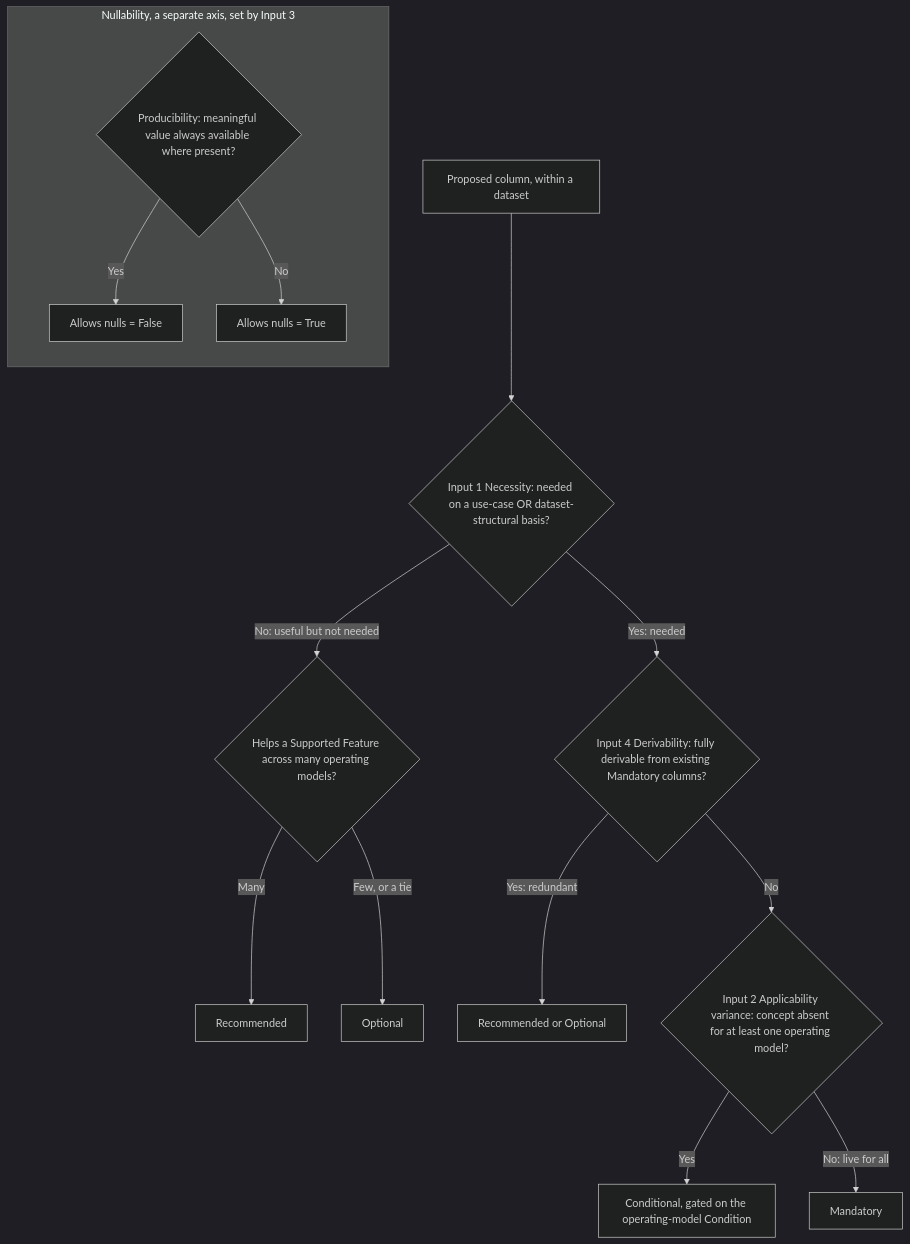
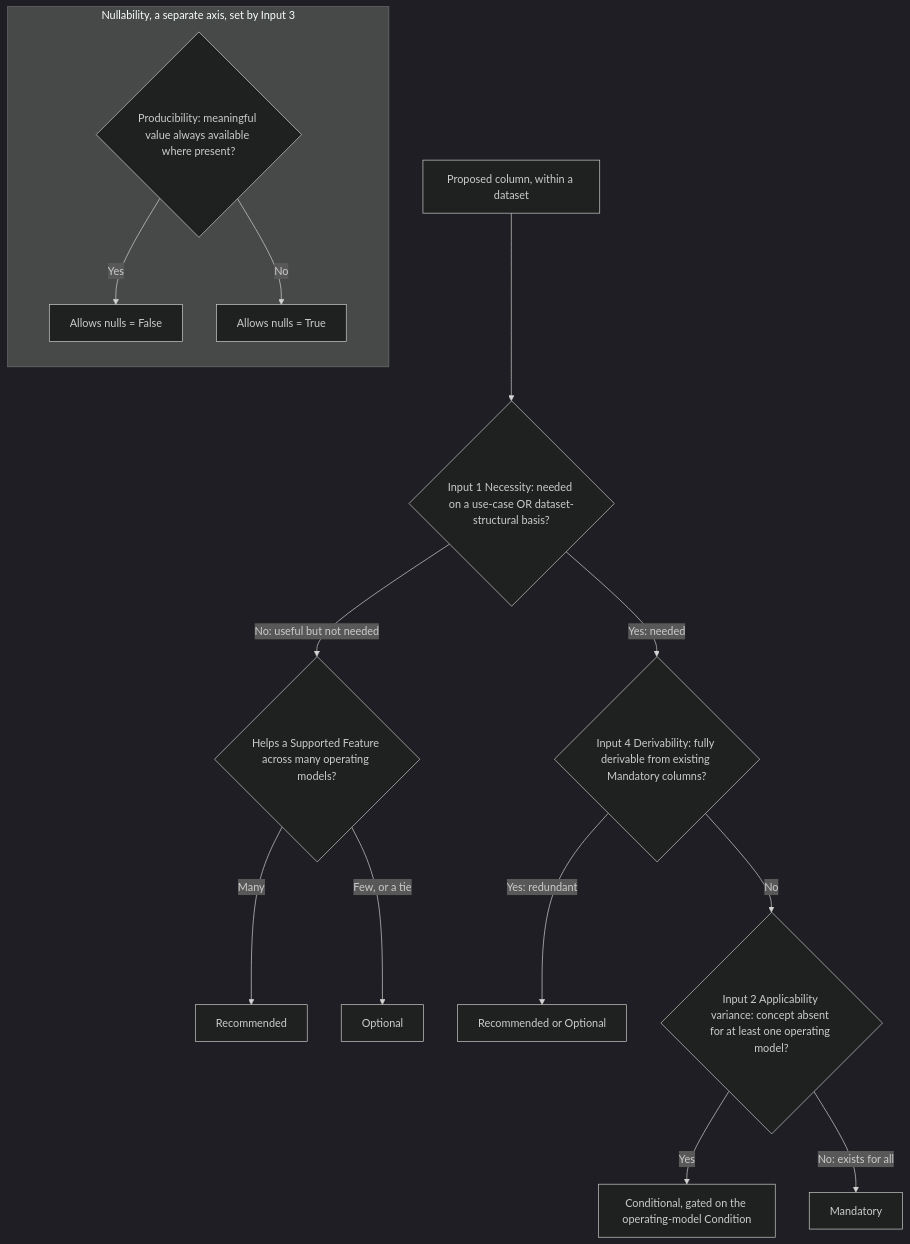
The diagram in guidelines/contributors/feature-level-rubric-guidelines.md (FinOps-Open-Cost-and-Usage-Spec/FOCUS_Spec), drawn with Mermaid (dark theme) before and after one commit. The commit also changed other lines of this file, not shown here.

````diff
--- a/guidelines/contributors/feature-level-rubric-guidelines.md
+++ b/guidelines/contributors/feature-level-rubric-guidelines.md
@@ -70,17 +72,17 @@
 ```mermaid
 flowchart TD
     A["Proposed column, within a dataset"] --> B{"Input 1 Necessity: needed on a use-case OR dataset-structural basis?"}
     B -->|"No: useful but not needed"| C{"Helps a Supported Feature across many operating models?"}
     C -->|"Many"| R["Recommended"]
     C -->|"Few, or a tie"| O["Optional"]
     B -->|"Yes: needed"| D{"Input 4 Derivability: fully derivable from existing Mandatory columns?"}
     D -->|"Yes: redundant"| RO["Recommended or Optional"]
     D -->|"No"| E{"Input 2 Applicability variance: concept absent for at least one operating model?"}
     E -->|"Yes"| CD["Conditional, gated on the operating-model Condition"]
-    E -->|"No: live for all"| M["Mandatory"]
+    E -->|"No: exists for all"| M["Mandatory"]
     subgraph NUL["Nullability, a separate axis, set by Input 3"]
         direction TB
         P{"Producibility: meaningful value always available where present?"} -->|"Yes"| NF["Allows nulls = False"]
         P -->|"No"| NT["Allows nulls = True"]
     end
 ```
````
